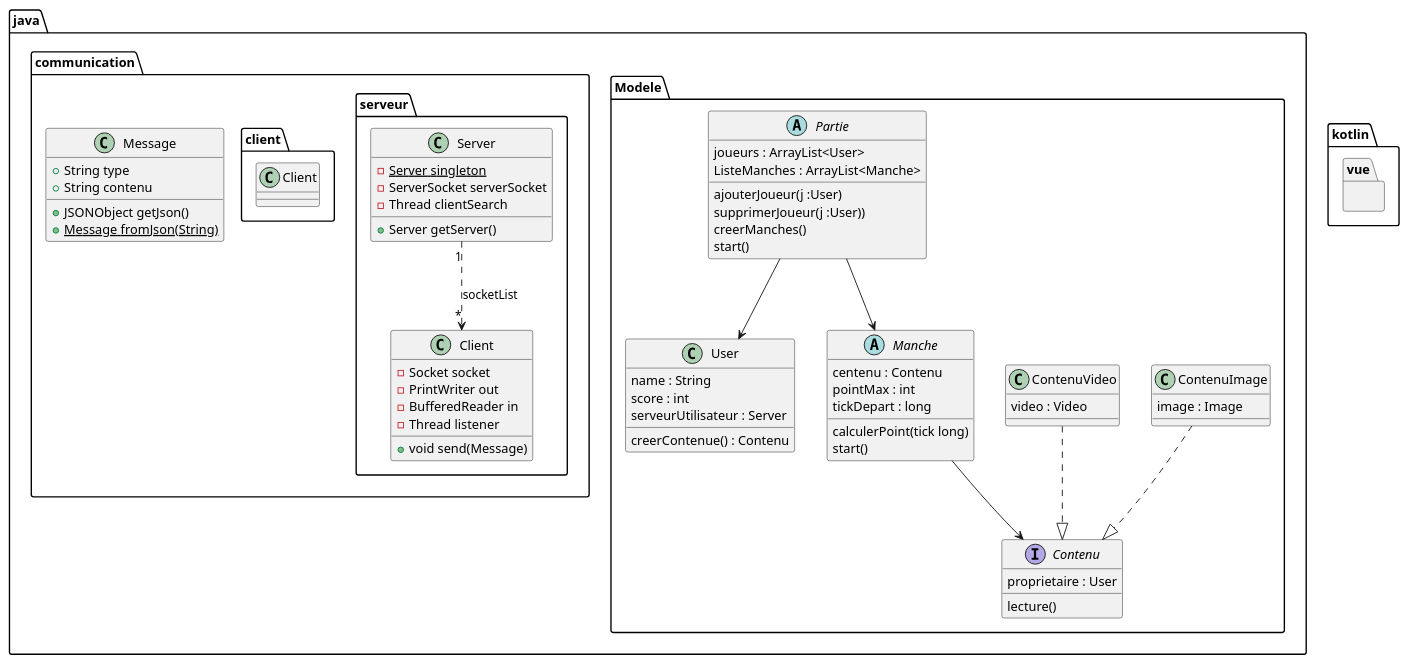
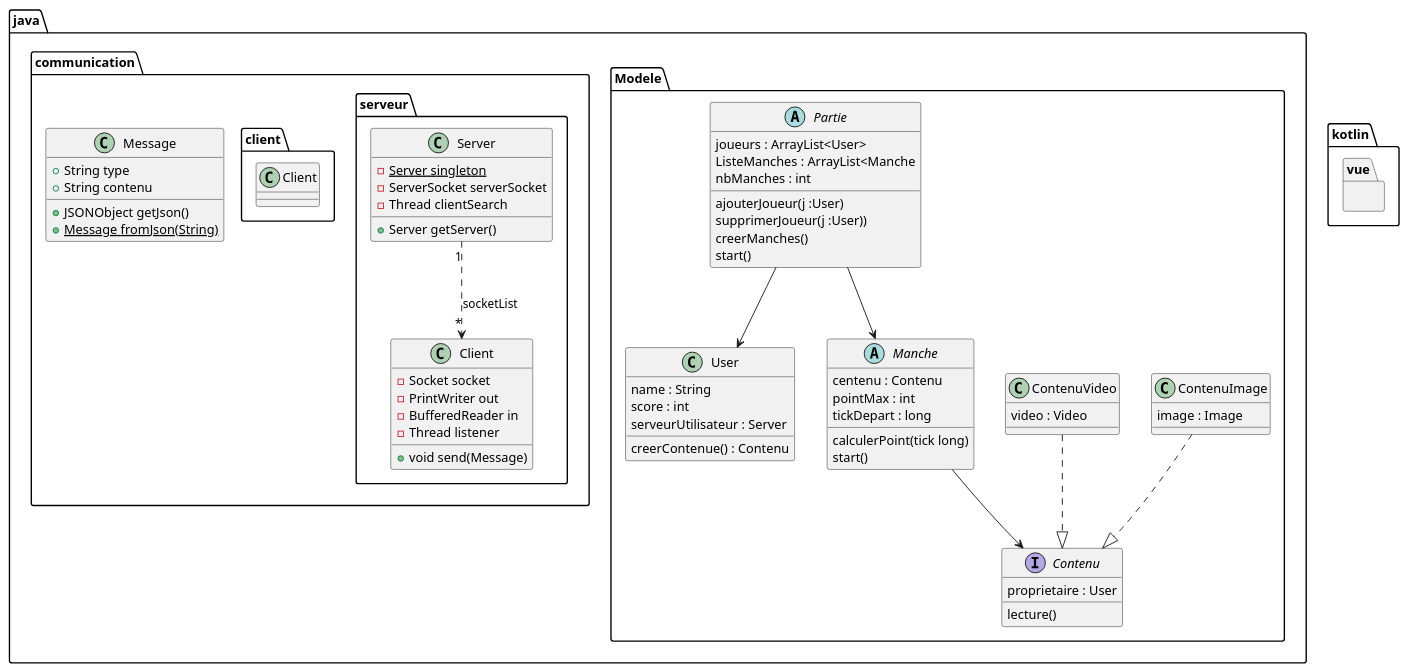
Before and after one commit to PlumeDeRenard54/PhotoRoulette: the diagram in document/diagrammeClasse.puml, drawn with PlantUML. The commit also changed 2 other files, not shown here.

Commit message:
[modify] ajustement de manches et création des manches sans conenue

```diff
--- a/document/diagrammeClasse.puml
+++ b/document/diagrammeClasse.puml
@@ -1,81 +1,82 @@
 @startuml
 package java {
 package Modele {
     class User {
      name : String
      score : int
      serveurUtilisateur : Server
      creerContenue() : Contenu
     }
 
     abstract class Manche {
         centenu : Contenu
         pointMax : int
         tickDepart : long
         calculerPoint(tick long)
         start()
     }
 
     interface Contenu {
         proprietaire : User
         lecture()
     }
 
     class ContenuImage {
         image : Image
     }
 
     class ContenuVideo {
         video : Video
     }
 
     abstract class Partie {
         joueurs : ArrayList<User>
-        ListeManches : ArrayList<Manche>
+        ListeManches : ArrayList<Manche
+        nbManches : int
         ajouterJoueur(j :User)
         supprimerJoueur(j :User))
         creerManches()
         start()
     }
 }
 
 package communication{
     package serveur {
         class Client {
         - Socket socket
         - PrintWriter out
         - BufferedReader in
         - Thread listener
         + void send(Message)
         }
 
 
         class Server {
         - {static} Server singleton
         - ServerSocket serverSocket
         - Thread clientSearch
         + Server getServer()
         }
         Server "1" ..> "*" Client : socketList
 }
 class Message {
 + String type
 + String contenu
 + JSONObject getJson()
 + {static} Message fromJson(String)
     }
 
     package client {
         class Client
     }
 }
 }
 package kotlin{
     package vue {}
 }
 ContenuImage ..|> Contenu
 ContenuVideo ..|> Contenu
 Manche --> Contenu
 Partie --> User
 Partie --> Manche
 @enduml
```
